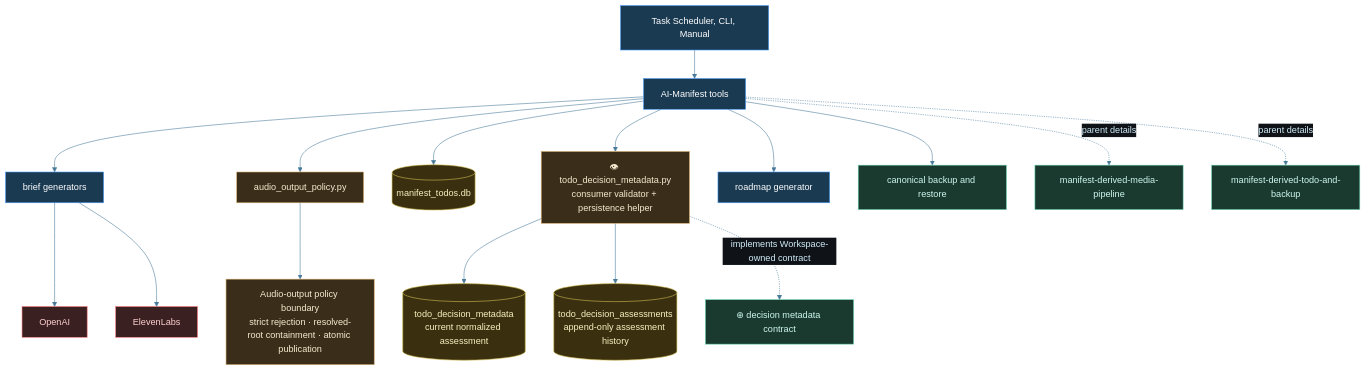
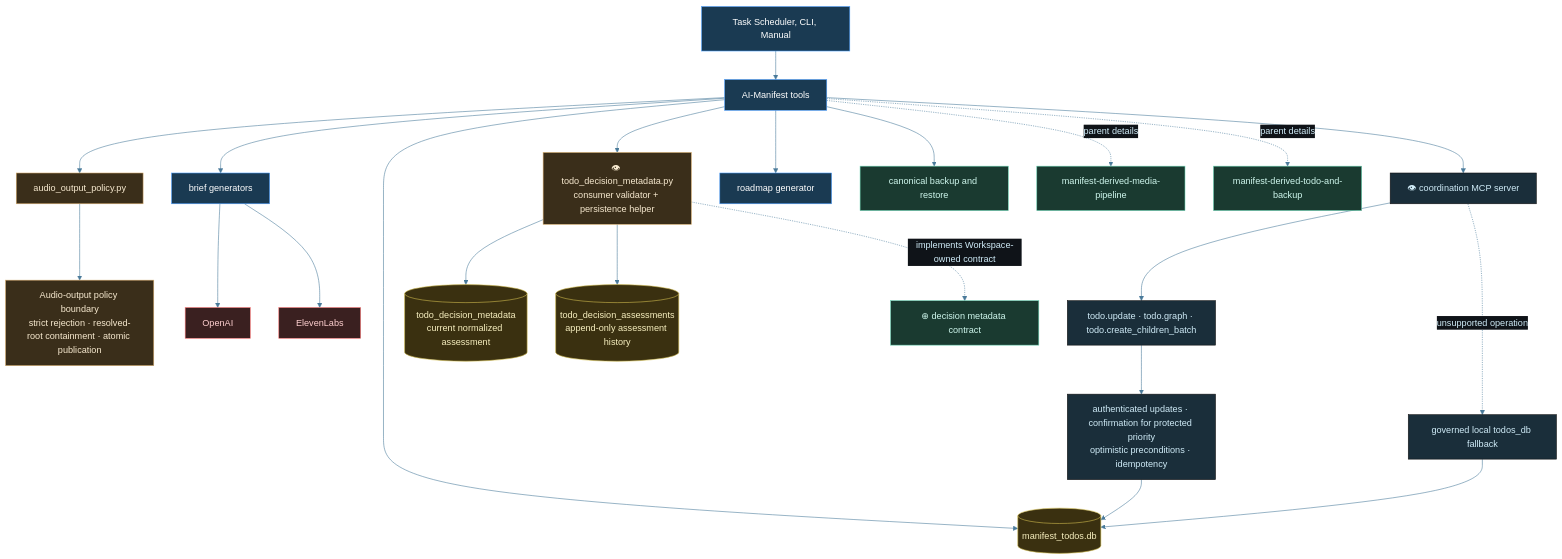
The diagram in diagrams/manifest-architecture.mmd (tylerdrakemusic/-Workspace), drawn with Mermaid before and after one commit. The commit also changed 4 other files, not shown here.

Commit message:
⊕ workspace: integrate manifest architecture diagrams

```diff
--- a/diagrams/manifest-architecture.mmd
+++ b/diagrams/manifest-architecture.mmd
@@ -1,36 +1,42 @@
 %%{init: {'theme': 'base', 'themeVariables': {'primaryColor': '#1a2e3a', 'primaryTextColor': '#d0ecf8', 'edgeLabelBackground': '#0f1318', 'lineColor': '#4a7a9a'}}}%%
 %% is_derived_view=false
 %% Traceability.derived_views: diagrams/manifest-derived-media-pipeline.mmd, diagrams/manifest-derived-todo-and-backup.mmd
 graph TB
     Triggers[Task Scheduler, CLI, Manual] --> Tools[AI-Manifest tools]
     Tools --> Briefs[brief generators]
     Tools --> AudioPolicy[audio_output_policy.py]
     AudioPolicy --> AudioBoundary[Audio-output policy boundary<br/>strict rejection · resolved-root containment · atomic publication]
     Briefs --> OpenAI[OpenAI]
     Briefs --> ElevenLabs[ElevenLabs]
     Tools --> TodoDB[(manifest_todos.db)]
+    Tools --> Coordinator[👁 coordination MCP server]
+    Coordinator --> Operations[todo.update · todo.graph · todo.create_children_batch]
+    Operations --> Governance[authenticated updates · confirmation for protected priority<br/>optimistic preconditions · idempotency]
+    Governance --> TodoDB
+    Coordinator -.->|unsupported operation| LocalFallback[governed local todos_db fallback]
+    LocalFallback --> TodoDB
     Tools --> DecisionMetadata[👁 todo_decision_metadata.py<br/>consumer validator + persistence helper]
     DecisionMetadata --> CurrentMetadata[(todo_decision_metadata<br/>current normalized assessment)]
     DecisionMetadata --> AssessmentHistory[(todo_decision_assessments<br/>append-only assessment history)]
     DecisionMetadata -.->|implements Workspace-owned contract| Contract[⊕ decision metadata contract]
     Tools --> Roadmap[roadmap generator]
     Tools --> Backup[canonical backup and restore]
     Tools -.->|parent details| Media[manifest-derived-media-pipeline]
     Tools -.->|parent details| Todo[manifest-derived-todo-and-backup]
     class Triggers,Tools,Briefs,Roadmap orch
     class TodoDB db
     class CurrentMetadata,AssessmentHistory db
     class AudioPolicy,AudioBoundary,DecisionMetadata manifest
     class Contract ws
     class OpenAI,ElevenLabs ext
     class Backup,Media,Todo ws
 classDef life     fill:#1a2e3a,stroke:#6ab4d4,color:#d0ecf8
 classDef music    fill:#3a1a24,stroke:#d47a8f,color:#f8d0dc
 classDef quantum  fill:#251a3a,stroke:#a07adf,color:#e8d0f8
 classDef manifest fill:#3a2e1a,stroke:#d4a96a,color:#f8ead0
 classDef ws       fill:#1a3a30,stroke:#6ad4b4,color:#d0f8ee
 classDef tyler    fill:#2a1a3a,stroke:#9e4aff,color:#fff
 classDef orch     fill:#1a3a52,stroke:#4a9eff,color:#fff
 classDef ext      fill:#3a2020,stroke:#ff7a7a,color:#ffd0d0
 classDef db       fill:#3a3010,stroke:#d4c050,color:#f8f0c0
 classDef state    fill:#1a1a1a,stroke:#888888,color:#cccccc
```
